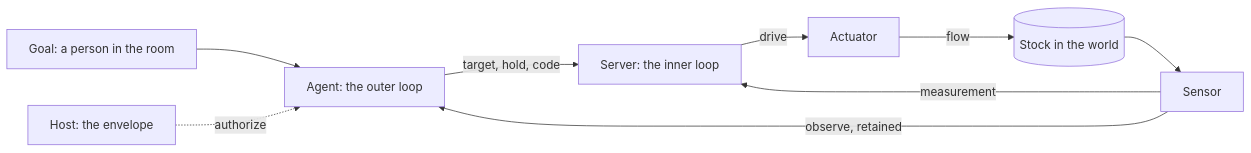
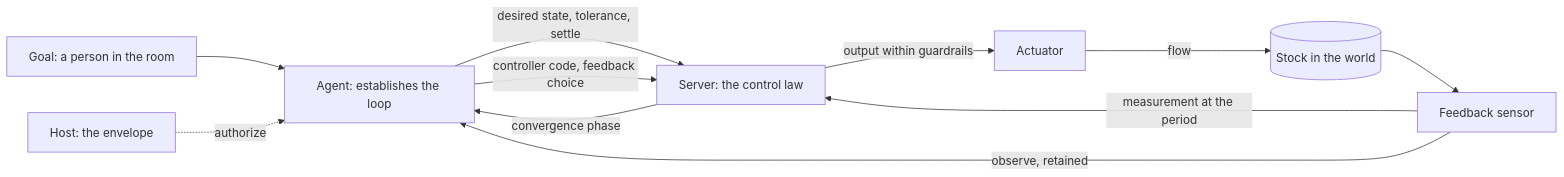
One commit to ambionframework/ambion changed the diagram in docs/actuators.md. Above: the diagram before and after it, drawn with Mermaid. The commit also changed other lines of this file and 7 other files, not shown here.

First line of the commit message:
Frame actuators as control loops that converge within guardrails

````diff
--- a/docs/actuators.md
+++ b/docs/actuators.md
@@ -38,11 +55,13 @@
 ```mermaid
 flowchart LR
-  goal[Goal: a person in the room] --> agent[Agent: the outer loop]
-  agent -- target, hold, code --> server[Server: the inner loop]
-  server -- drive --> actuator[Actuator]
+  goal[Goal: a person in the room] --> agent[Agent: establishes the loop]
+  agent -- desired state, tolerance, settle --> server[Server: the control law]
+  agent -- controller code, feedback choice --> server
+  server -- output within guardrails --> actuator[Actuator]
   actuator -- flow --> stock[(Stock in the world)]
-  stock --> sensor[Sensor]
-  sensor -- measurement --> server
-  sensor -- observe, retained --> agent
+  stock --> feedback[Feedback sensor]
+  feedback -- measurement at the period --> server
+  server -- convergence phase --> agent
+  feedback -- observe, retained --> agent
   host[Host: the envelope] -. authorize .-> agent
 ```
````
